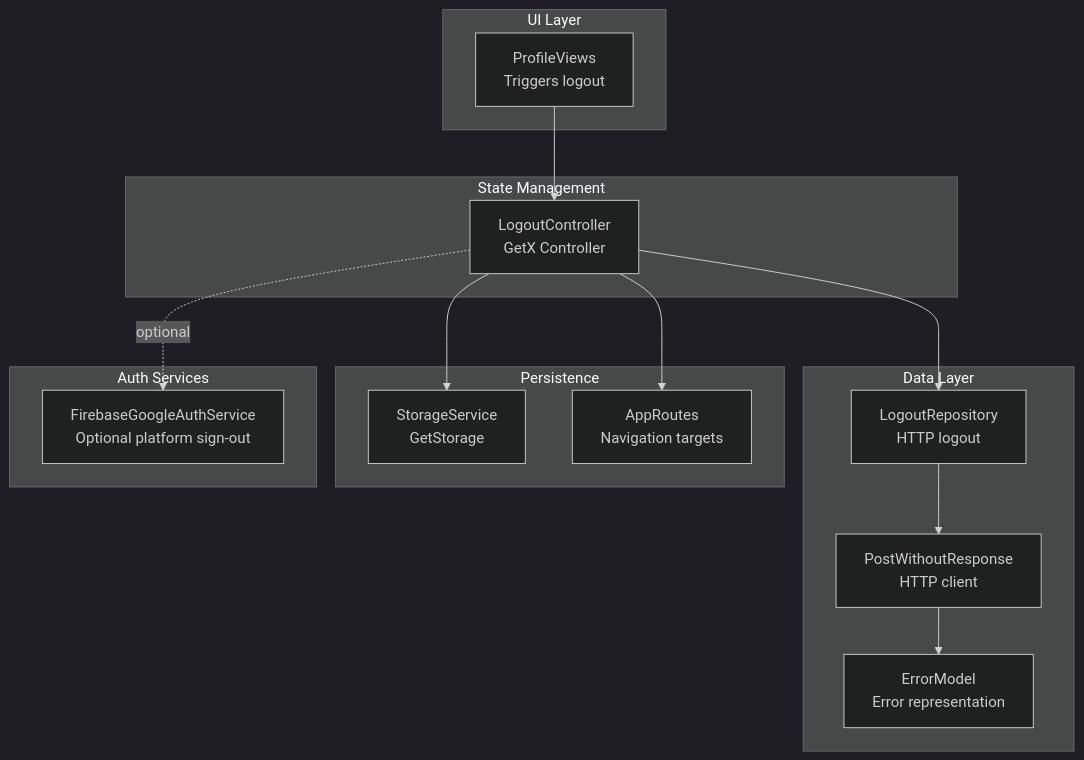
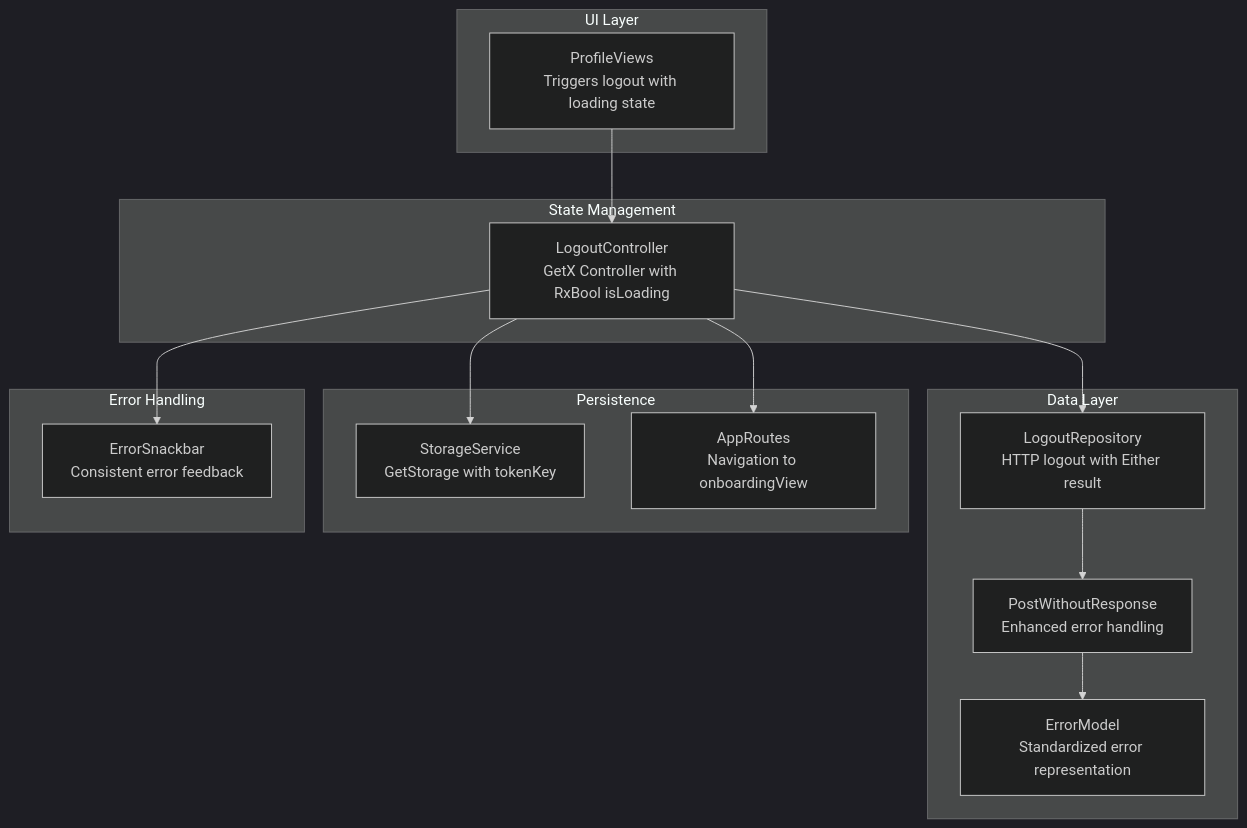
The first of 4 diagrams in .qoder/repowiki/en/content/Core Features/Authentication System/Logout and Session Management.md (Ariful3111/FurniGo), drawn with Mermaid (dark theme) before and after one commit. The commit also changed other lines of this file and 11 other files, not shown here.

````diff
--- a/.qoder/repowiki/en/content/Core Features/Authentication System/Logout and Session Management.md
+++ b/.qoder/repowiki/en/content/Core Features/Authentication System/Logout and Session Management.md
@@ -45,28 +49,28 @@
 ```mermaid
 graph TB
 subgraph "UI Layer"
-PV["ProfileViews<br/>Triggers logout"]
+PV["ProfileViews<br/>Triggers logout with loading state"]
 end
 subgraph "State Management"
-LC["LogoutController<br/>GetX Controller"]
+LC["LogoutController<br/>GetX Controller with RxBool isLoading"]
 end
 subgraph "Data Layer"
-LR["LogoutRepository<br/>HTTP logout"]
-PWR["PostWithoutResponse<br/>HTTP client"]
-EM["ErrorModel<br/>Error representation"]
+LR["LogoutRepository<br/>HTTP logout with Either result"]
+PWR["PostWithoutResponse<br/>Enhanced error handling"]
+EM["ErrorModel<br/>Standardized error representation"]
 end
 subgraph "Persistence"
-SS["StorageService<br/>GetStorage"]
-AR["AppRoutes<br/>Navigation targets"]
+SS["StorageService<br/>GetStorage with tokenKey"]
+AR["AppRoutes<br/>Navigation to onboardingView"]
 end
-subgraph "Auth Services"
-FGA["FirebaseGoogleAuthService<br/>Optional platform sign-out"]
+subgraph "Error Handling"
+ES["ErrorSnackbar<br/>Consistent error feedback"]
 end
 PV --> LC
 LC --> LR
 LR --> PWR
 PWR --> EM
 LC --> SS
 LC --> AR
-LC -. optional .-> FGA
+LC --> ES
 ```
````
